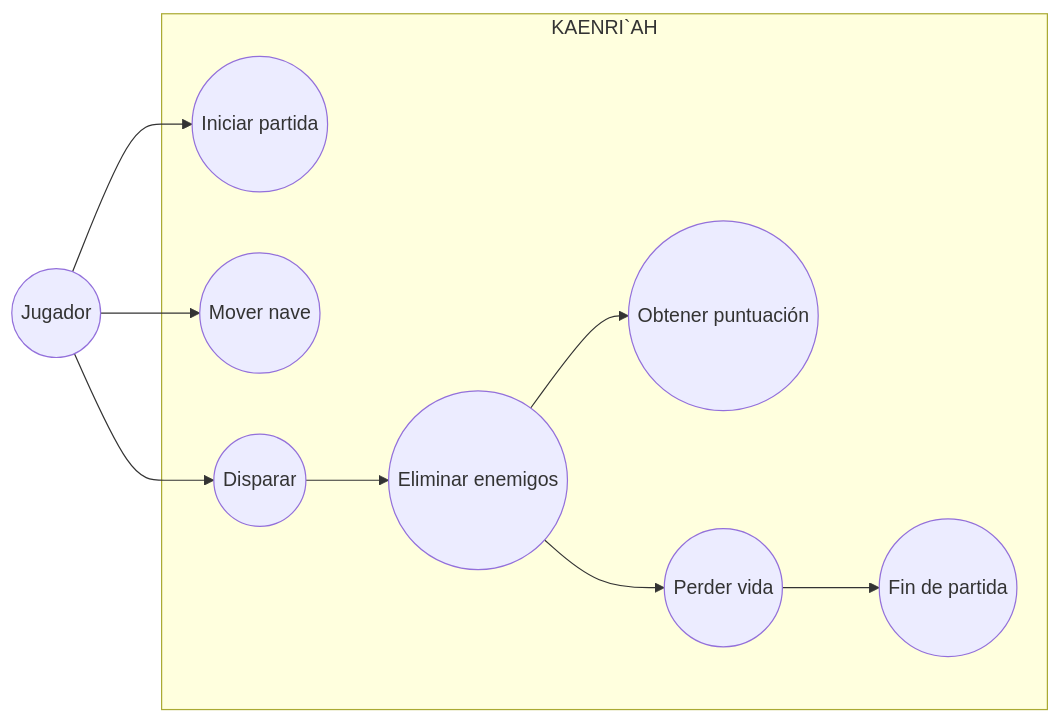
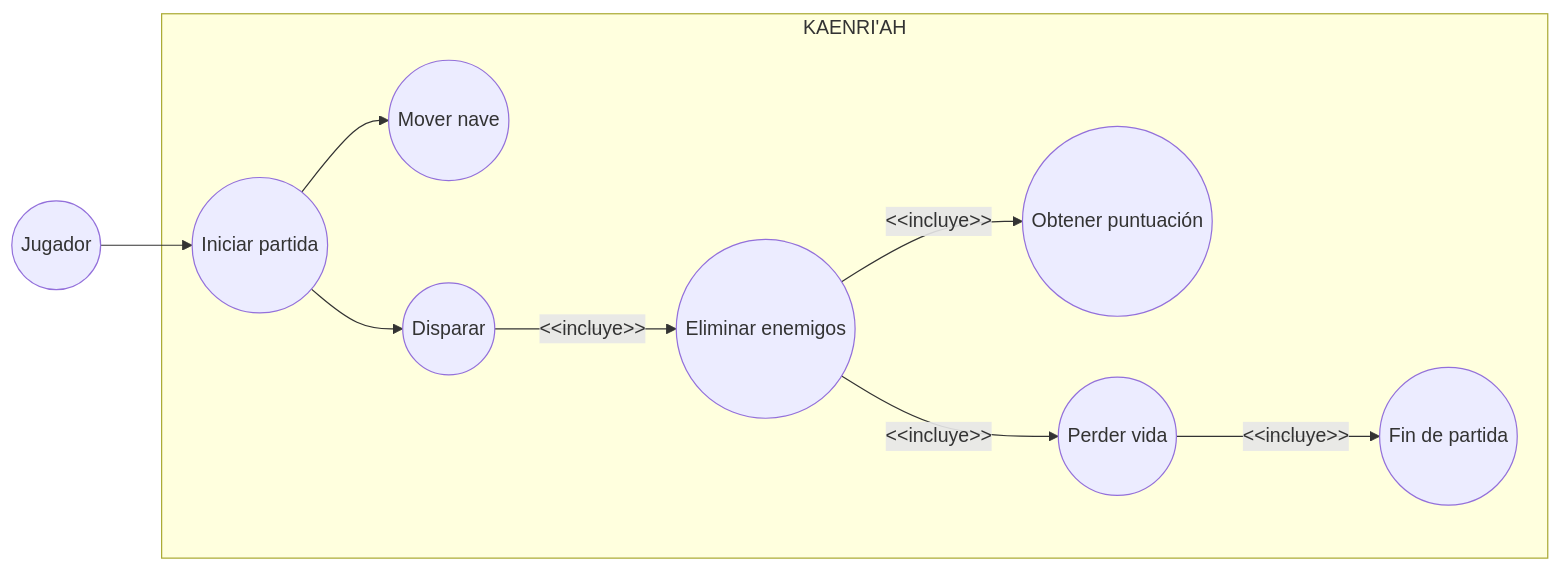
Before and after one commit to moronlopezalvaro/Khaenriah: the diagram in CasosdeUso.md, drawn with Mermaid.

````diff
--- a/CasosdeUso.md
+++ b/CasosdeUso.md
@@ -1,26 +1,29 @@
 ```mermaid
 graph LR
 
-actor((Jugador))
+jugador((Jugador))
 
-subgraph Sistema["KAENRI`AH"]
+subgraph Sistema["KAENRI'AH"]
 
 iniciar((Iniciar partida))
 mover((Mover nave))
 disparar((Disparar))
 destruir((Eliminar enemigos))
 puntos((Obtener puntuación))
 vidas((Perder vida))
 final((Fin de partida))
+
 end
 
-actor --> iniciar
-actor --> mover
-actor --> disparar
+jugador --> iniciar
 
-disparar --> destruir
-destruir --> puntos
-destruir --> vidas
-vidas --> final
+iniciar --> mover
+iniciar --> disparar
+
+disparar --> |&lt;&lt;incluye&gt;&gt;| destruir
+destruir --> |&lt;&lt;incluye&gt;&gt;| puntos
+
+destruir --> |&lt;&lt;incluye&gt;&gt;| vidas
+vidas --> |&lt;&lt;incluye&gt;&gt;| final
 
 ```
````
